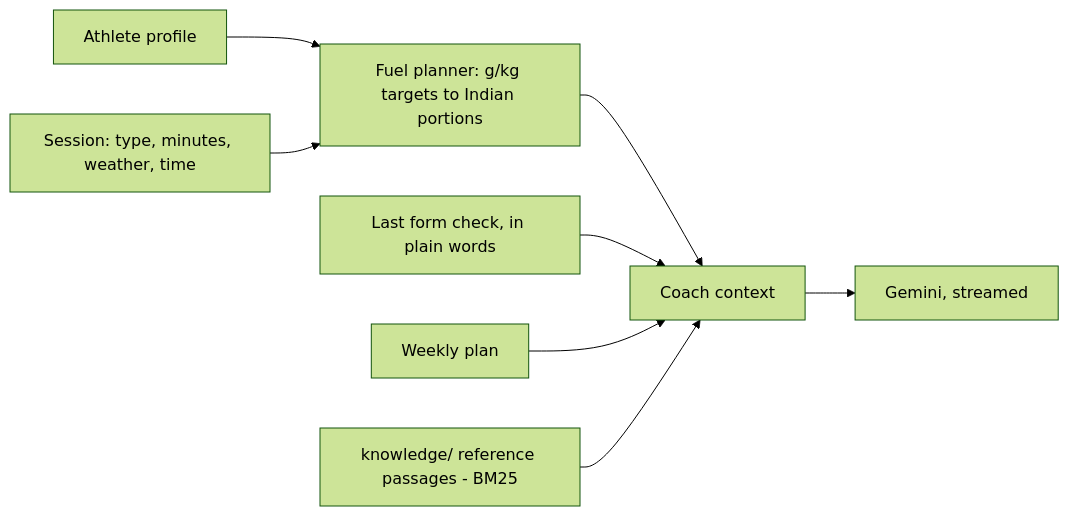
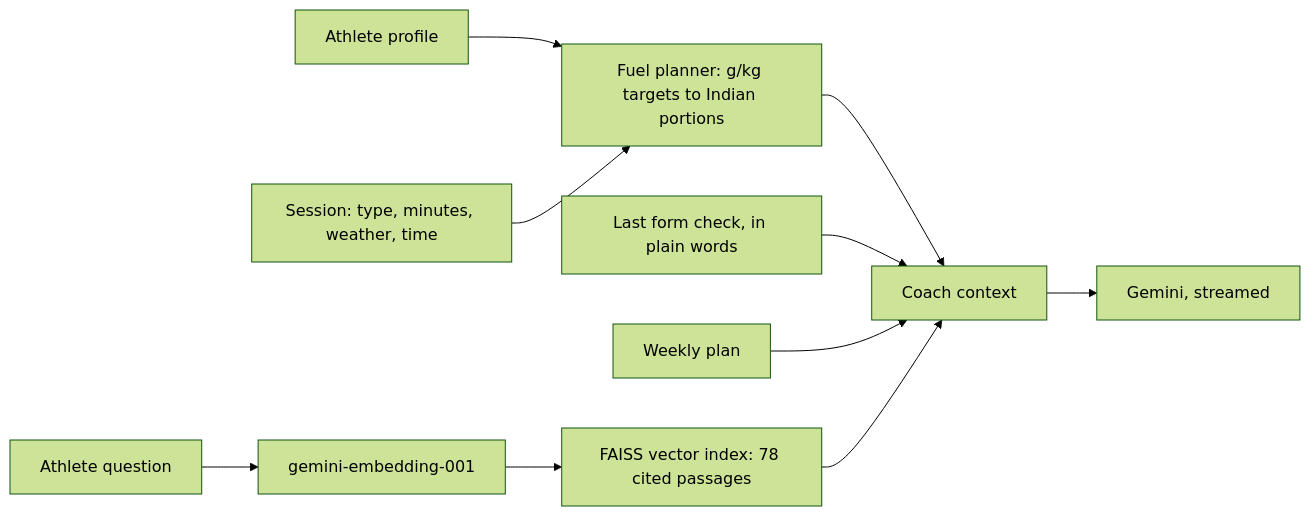
Before and after one commit to Shreyas-GowdaSR/sports_plus: the first of 2 diagrams in README.md, drawn with Mermaid (forest theme). The commit also changed other lines of this file and 42 other files, not shown here.

First line of the commit message:
AI coach: vector RAG over a cited sports-science knowledge base

````diff
--- a/README.md
+++ b/README.md
@@ -45,10 +45,12 @@
 ```mermaid
 flowchart LR
   P[Athlete profile] --> F[Fuel planner: g/kg targets to Indian portions]
   S[Session: type, minutes, weather, time] --> F
   F --> C[Coach context]
   R[Last form check, in plain words] --> C
   W[Weekly plan] --> C
-  K[knowledge/ reference passages - BM25] --> C
+  Q[Athlete question] --> E[gemini-embedding-001]
+  E --> V[FAISS vector index: 78 cited passages]
+  V --> C
   C --> G[Gemini, streamed]
 ```
````
